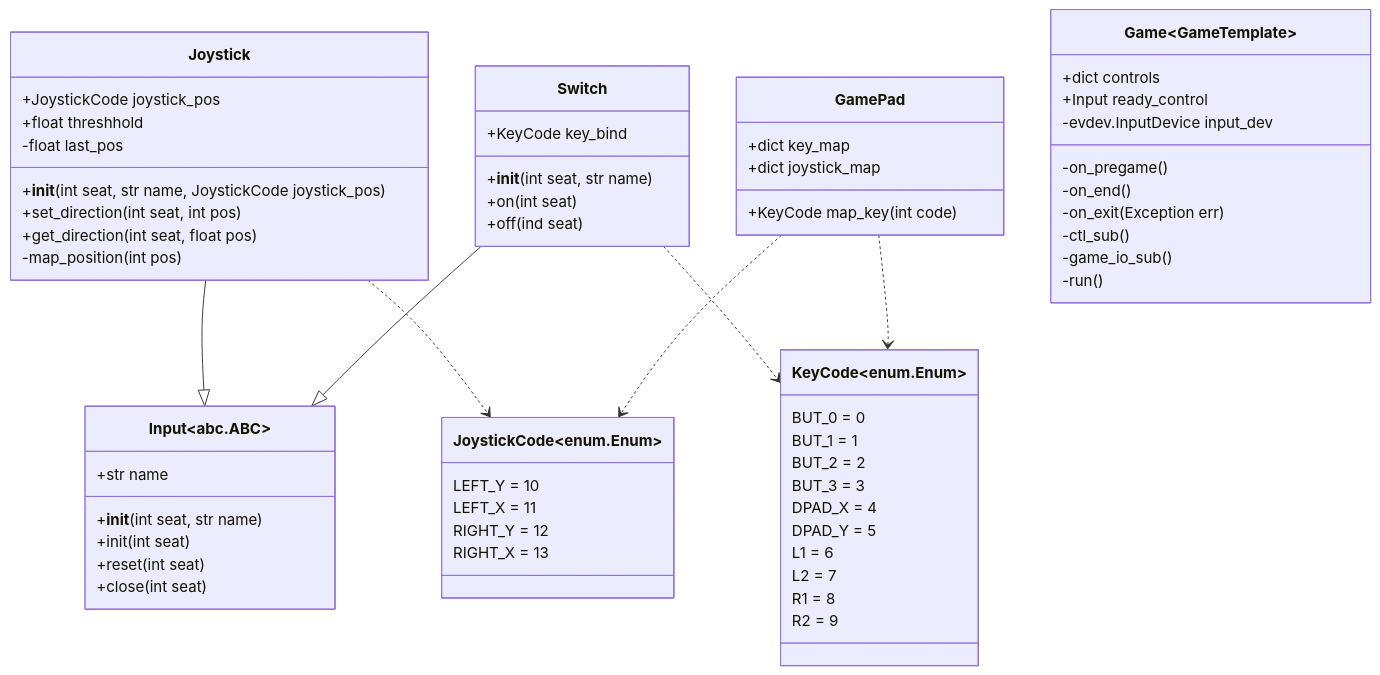
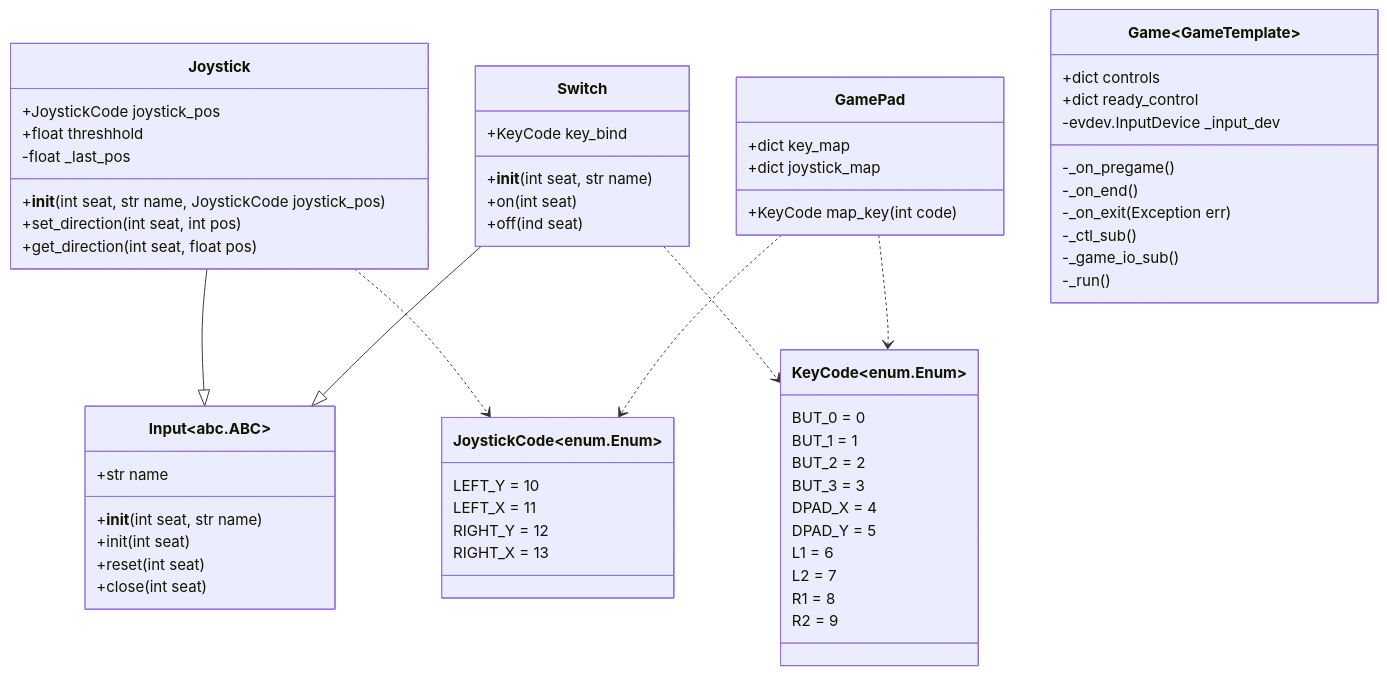
The diagram in docs/controller-sdk/index.md (4D-Game/sdk), drawn with Mermaid before and after one commit. The commit also changed 1 other file, not shown here.

Commit message:
FIX class diagrams

````diff
--- a/docs/controller-sdk/index.md
+++ b/docs/controller-sdk/index.md
@@ -12,71 +12,70 @@
 ```mermaid
 classDiagram
   class Input~abc.ABC~{
     +__init__(int seat, str name)
     +str name
     +init(int seat)
     +reset(int seat)
     +close(int seat)
   }
 
   class Joystick{
     +JoystickCode joystick_pos
     +float threshhold
-    -float last_pos
+    -float _last_pos
     +__init__(int seat, str name, JoystickCode joystick_pos)
     +set_direction(int seat, int pos)
     +get_direction(int seat, float pos)
-    -map_position(int pos)
   }
   Joystick --|> Input
 
   class JoystickCode~enum.Enum~{
     LEFT_Y = 10
     LEFT_X = 11
     RIGHT_Y = 12
     RIGHT_X = 13
   }
   Joystick ..> JoystickCode
 
   Switch --|> Input
   class Switch{
     +KeyCode key_bind
     +__init__(int seat, str name)
     +on(int seat)
     +off(ind seat)
   }
 
   class KeyCode~enum.Enum~{
     BUT_0 = 0
     BUT_1 = 1
     BUT_2 = 2
     BUT_3 = 3
     DPAD_X = 4
     DPAD_Y = 5
     L1 = 6
     L2 = 7
     R1 = 8
     R2 = 9
   }
   Switch ..> KeyCode
 
   class GamePad {
     +dict key_map
     +dict joystick_map
     +KeyCode map_key(int code)
   }
   GamePad ..> KeyCode
   GamePad ..> JoystickCode
 
   class Game~GameTemplate~{
     +dict controls
-    +Input ready_control
-    -evdev.InputDevice input_dev
-    -on_pregame()
-    -on_end()
-    -on_exit(Exception err)
-    -ctl_sub()
-    -game_io_sub()
-    -run()
+    +dict ready_control
+    -evdev.InputDevice _input_dev
+    -_on_pregame()
+    -_on_end()
+    -_on_exit(Exception err)
+    -_ctl_sub()
+    -_game_io_sub()
+    -_run()
   }
 ```
````
